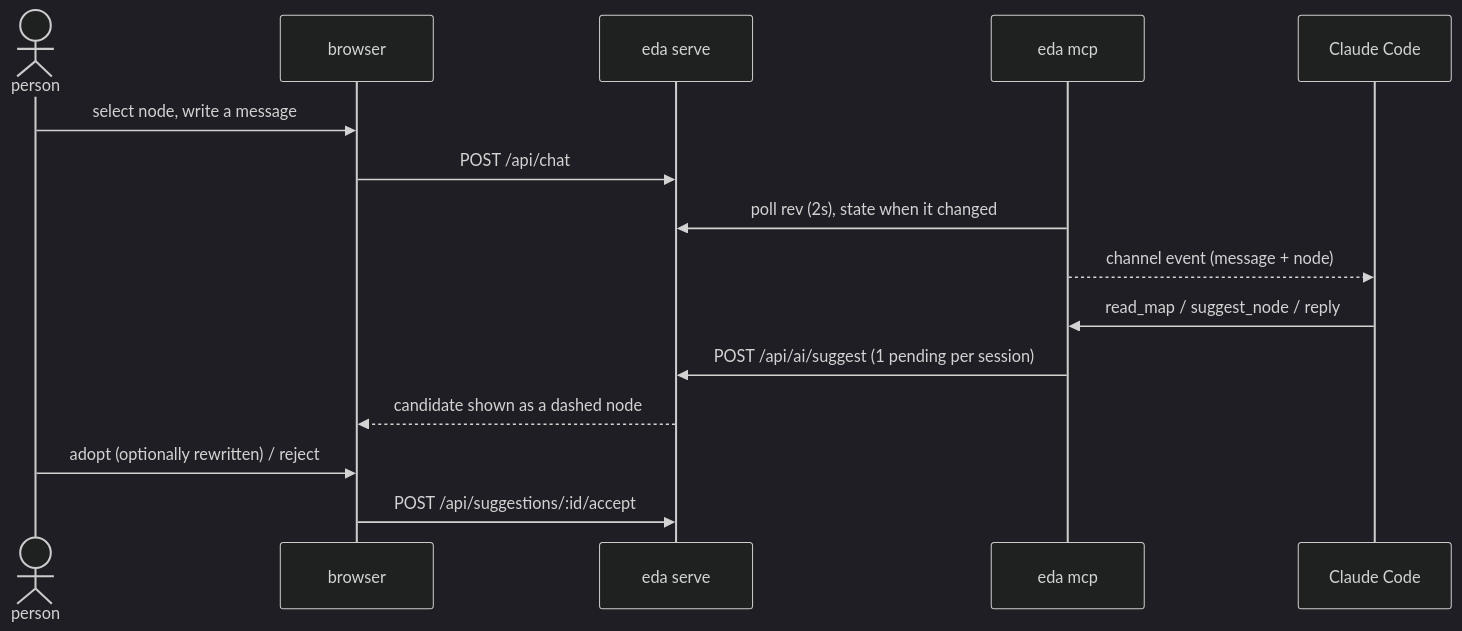
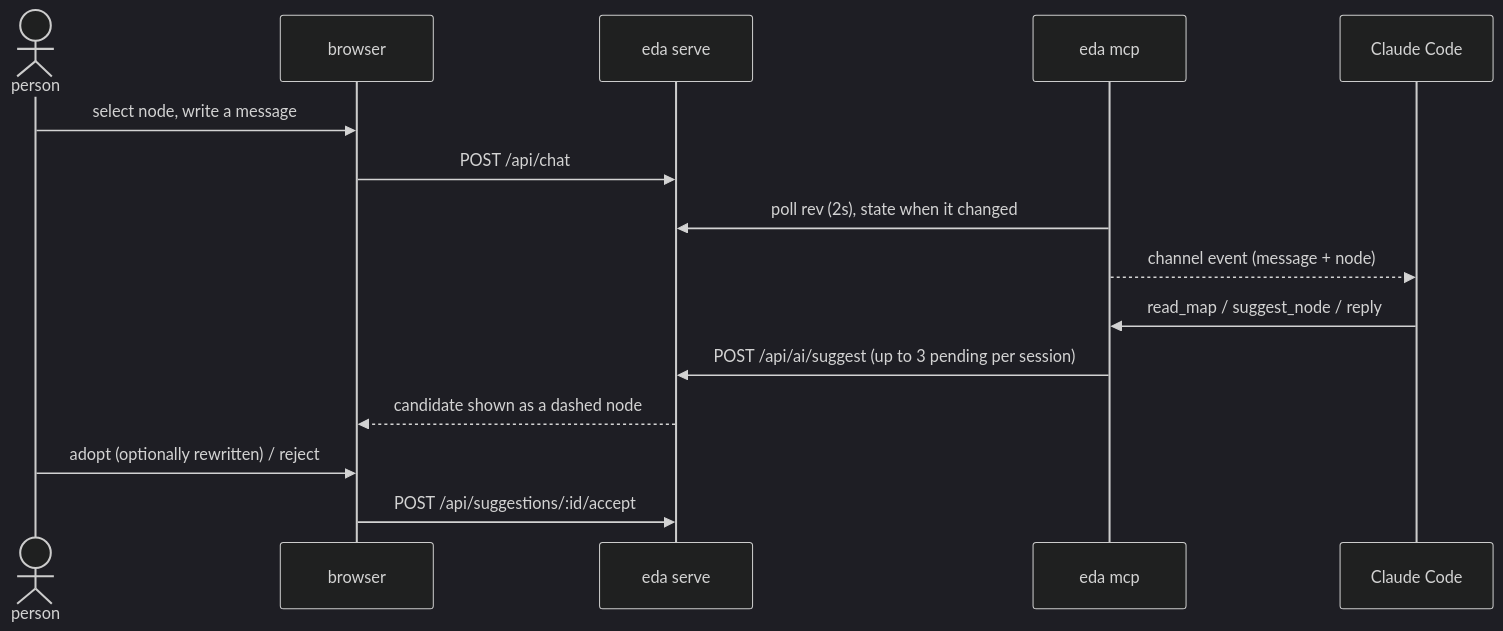
The second of 2 diagrams in docs/design/0001-v1.md (TakashiAihara/eda), drawn with Mermaid (dark theme) before and after one commit. The commit also changed other lines of this file and 8 other files, not shown here.

````diff
--- a/docs/design/0001-v1.md
+++ b/docs/design/0001-v1.md
@@ -34,17 +34,17 @@
 ```mermaid
 sequenceDiagram
     actor P as person
     participant B as browser
     participant S as eda serve
     participant M as eda mcp
     participant C as Claude Code
     P->>B: select node, write a message
     B->>S: POST /api/chat
     M->>S: poll rev (2s), state when it changed
     M-->>C: channel event (message + node)
     C->>M: read_map / suggest_node / reply
-    M->>S: POST /api/ai/suggest (1 pending per session)
+    M->>S: POST /api/ai/suggest (up to 3 pending per session)
     S-->>B: candidate shown as a dashed node
     P->>B: adopt (optionally rewritten) / reject
     B->>S: POST /api/suggestions/:id/accept
 ```
````
